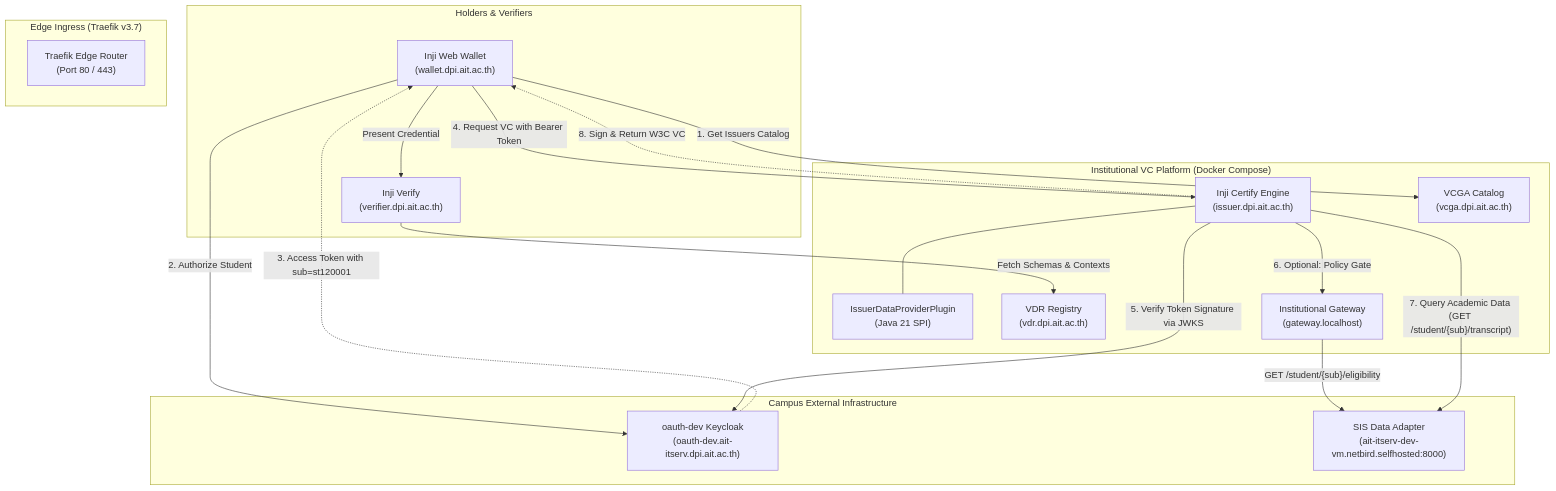
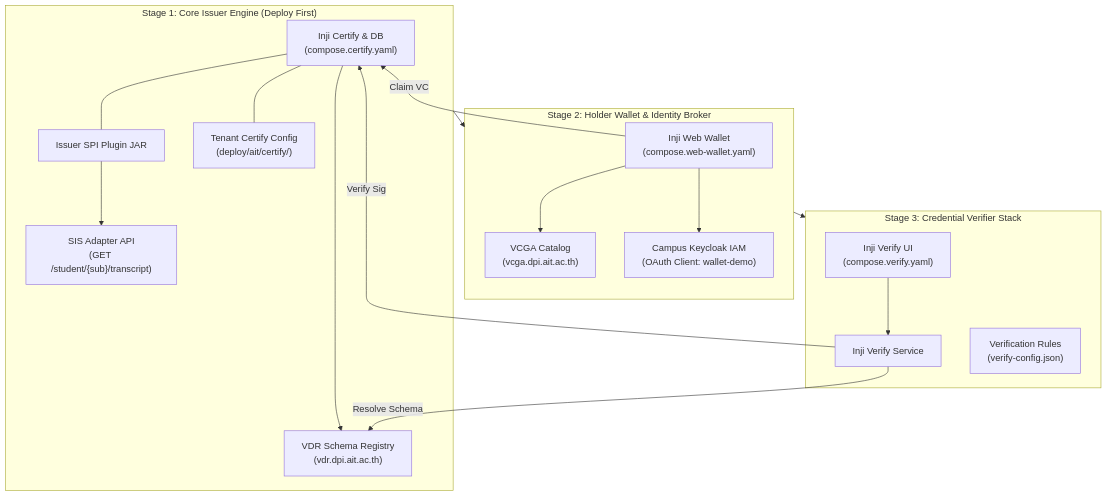
The diagram in docs/guides/day-0-deployment.md (mosip-asia/ait-issuer-platform), drawn with Mermaid before and after one commit. The commit also changed other lines of this file and 26 other files, not shown here.

Commit message:
feat(deploy): isolate tenant certify config into certify/ folder and modularize day-0 guides

````diff
--- a/docs/guides/day-0-deployment.md
+++ b/docs/guides/day-0-deployment.md
@@ -27,37 +19,34 @@
 ```mermaid
 flowchart TD
-    subgraph Clients["Holders & Verifiers"]
-        Wallet["Inji Web Wallet<br>(wallet.dpi.ait.ac.th)"]
-        Verifier["Inji Verify<br>(verifier.dpi.ait.ac.th)"]
+    subgraph S1["Stage 1: Core Issuer Engine (Deploy First)"]
+        Certify["Inji Certify & DB<br>(compose.certify.yaml)"]
+        Plugin["Issuer SPI Plugin JAR"]
+        TenantCfg["Tenant Certify Config<br>(deploy/ait/certify/)"]
+        Adapter["SIS Adapter API<br>(GET /student/{sub}/transcript)"]
+        VDR["VDR Schema Registry<br>(vdr.dpi.ait.ac.th)"]
+        Certify --- Plugin
+        Certify --- TenantCfg
+        Plugin --> Adapter
+        Certify --> VDR
     end
 
-    subgraph Edge["Edge Ingress (Traefik v3.7)"]
-        Traefik["Traefik Edge Router<br>(Port 80 / 443)"]
+    subgraph S2["Stage 2: Holder Wallet & Identity Broker"]
+        Wallet["Inji Web Wallet<br>(compose.web-wallet.yaml)"]
+        VCGA["VCGA Catalog<br>(vcga.dpi.ait.ac.th)"]
+        Keycloak["Campus Keycloak IAM<br>(OAuth Client: wallet-demo)"]
+        Wallet --> VCGA
+        Wallet --> Keycloak
+        Wallet -->|"Claim VC"| Certify
     end
 
-    subgraph Platform["Institutional VC Platform (Docker Compose)"]
-        Certify["Inji Certify Engine<br>(issuer.dpi.ait.ac.th)"]
-        Plugin["IssuerDataProviderPlugin<br>(Java 21 SPI)"]
-        VDR["VDR Registry<br>(vdr.dpi.ait.ac.th)"]
-        VCGA["VCGA Catalog<br>(vcga.dpi.ait.ac.th)"]
-        Gateway["Institutional Gateway<br>(gateway.localhost)"]
-        Certify --- Plugin
+    subgraph S3["Stage 3: Credential Verifier Stack"]
+        VerifyUI["Inji Verify UI<br>(compose.verify.yaml)"]
+        VerifyService["Inji Verify Service"]
+        VerifyRules["Verification Rules<br>(verify-config.json)"]
+        VerifyUI --> VerifyService
+        VerifyService -->|"Verify Sig"| Certify
+        VerifyService -->|"Resolve Schema"| VDR
     end
 
-    subgraph Campus["Campus External Infrastructure"]
-        Keycloak["oauth-dev Keycloak<br>(oauth-dev.ait-itserv.dpi.ait.ac.th)"]
-        Adapter["SIS Data Adapter<br>(ait-itserv-dev-vm.netbird.selfhosted:8000)"]
-    end
-
-    Wallet -->|"1. Get Issuers Catalog"| VCGA
-    Wallet -->|"2. Authorize Student"| Keycloak
-    Keycloak -.->|"3. Access Token with sub=st120001"| Wallet
-    Wallet -->|"4. Request VC with Bearer Token"| Certify
-    Certify -->|"5. Verify Token Signature via JWKS"| Keycloak
-    Certify -->|"6. Optional: Policy Gate"| Gateway
-    Gateway -->|"GET /student/{sub}/eligibility"| Adapter
-    Certify -->|"7. Query Academic Data (GET /student/{sub}/transcript)"| Adapter
-    Certify -.->|"8. Sign & Return W3C VC"| Wallet
-    Wallet -->|"Present Credential"| Verifier
-    Verifier -->|"Fetch Schemas & Contexts"| VDR
+    S1 --> S2 --> S3
 ```
````
